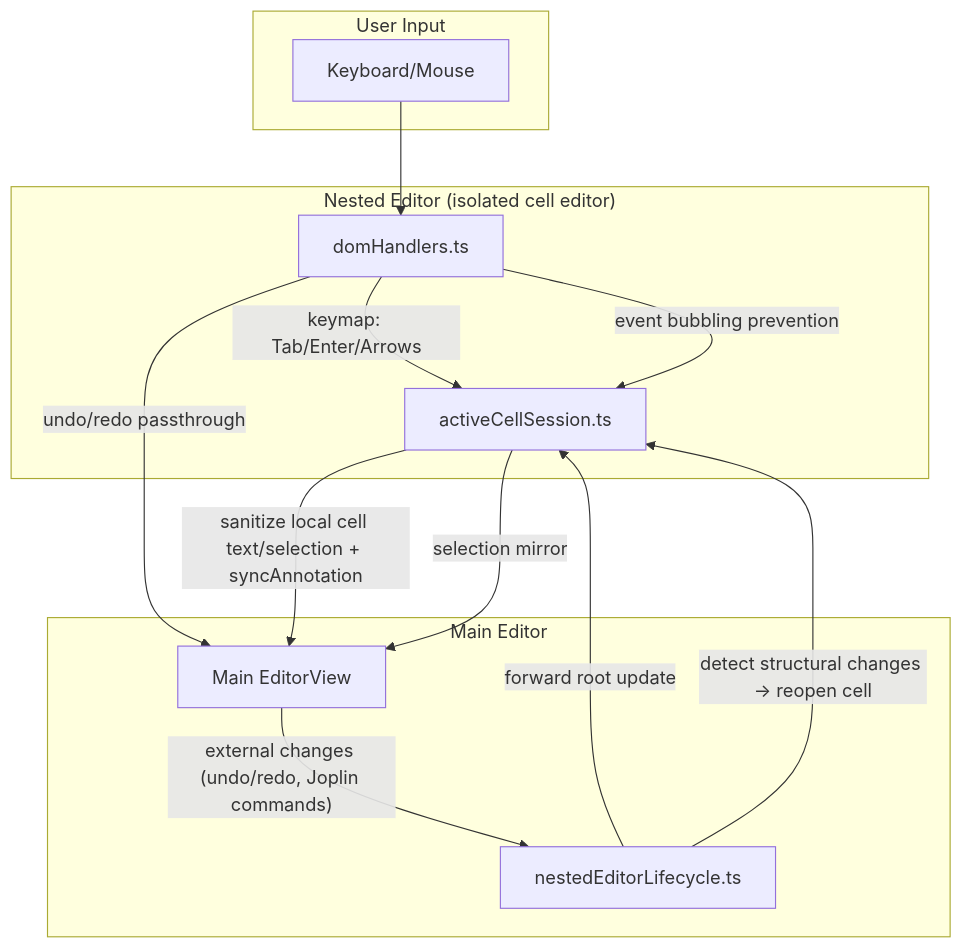
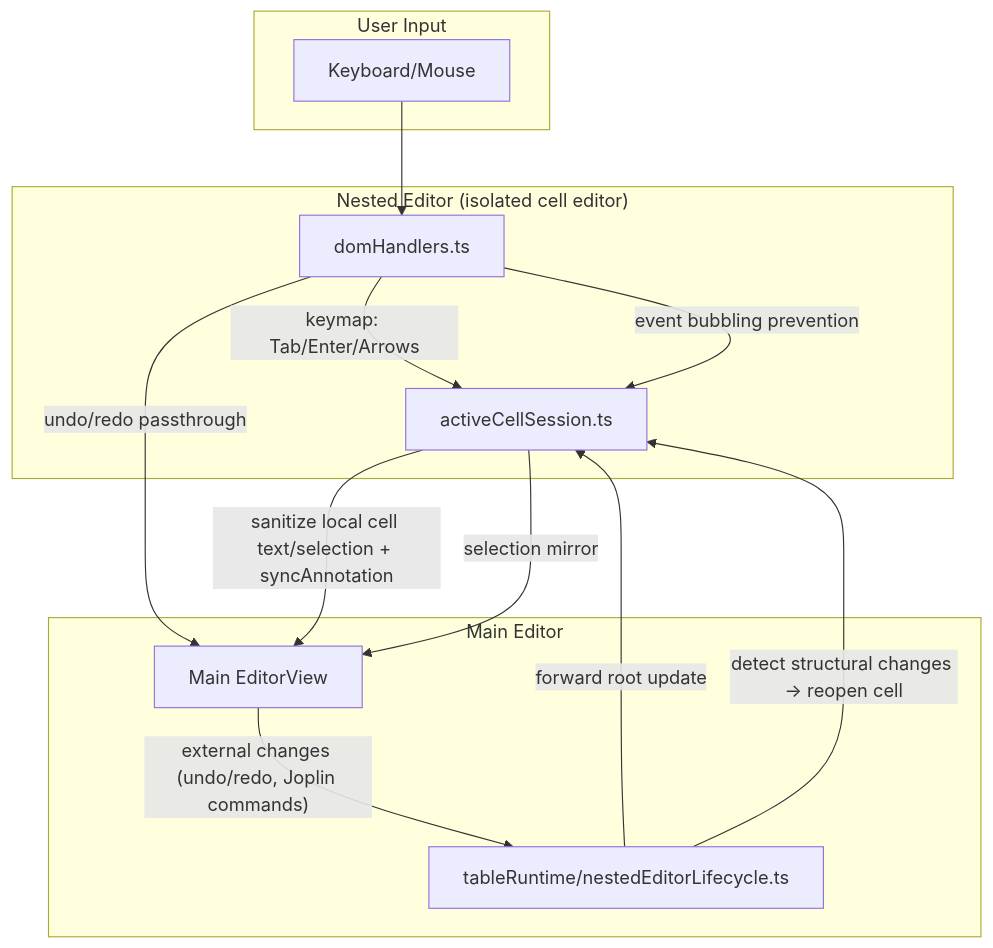
One commit to bwat47/joplin-rich-tables changed the diagram in docs/Architecture/Overview.md. Above: the diagram before and after it, drawn with Mermaid. The commit also changed other lines of this file and 69 other files, not shown here.

````diff
--- a/docs/Architecture/Overview.md
+++ b/docs/Architecture/Overview.md
@@ -99,28 +112,28 @@
 ```mermaid
 flowchart TB
     subgraph User["User Input"]
         K["Keyboard/Mouse"]
     end
 
     subgraph Nested["Nested Editor (isolated cell editor)"]
         NE["activeCellSession.ts"]
         DH["domHandlers.ts"]
     end
 
     subgraph Main["Main Editor"]
         ME["Main EditorView"]
-        LC["nestedEditorLifecycle.ts"]
+        LC["tableRuntime/nestedEditorLifecycle.ts"]
     end
 
     K --> DH
     DH -->|"keymap: Tab/Enter/Arrows"| NE
     DH -->|"undo/redo passthrough"| ME
     DH -->|"event bubbling prevention"| NE
 
     NE -->|"sanitize local cell text/selection + syncAnnotation"| ME
     NE -->|"selection mirror"| ME
 
     ME -->|"external changes (undo/redo, Joplin commands)"| LC
     LC -->|"forward root update"| NE
     LC -->|"detect structural changes → reopen cell"| NE
 ```
````
